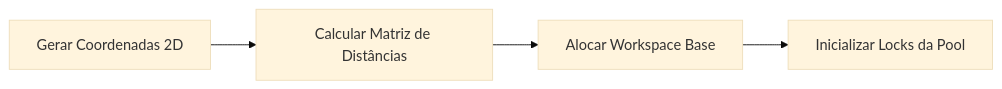
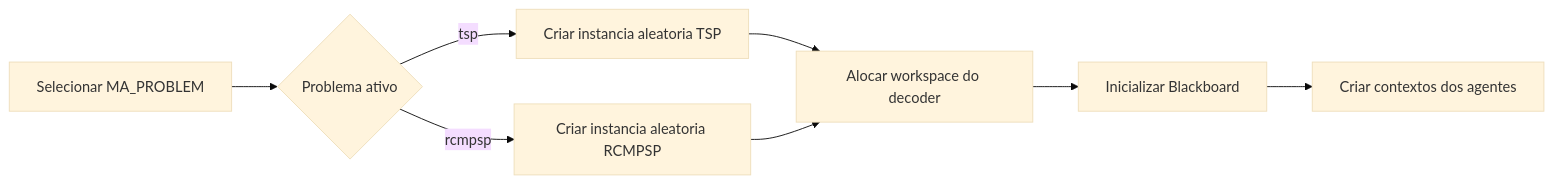
One commit to Vitorloula/Multi-Agentes changed the first of 3 diagrams in explicacao_processo.md. Above: the diagram before and after it, drawn with Mermaid (base theme). The commit also changed other lines of this file and 1 other file, not shown here.

````diff
--- a/explicacao_processo.md
+++ b/explicacao_processo.md
@@ -11,6 +11,10 @@
 ```mermaid
 flowchart LR
-    A[Gerar Coordenadas 2D] --> B[Calcular Matriz de Distâncias]
-    B --> C[Alocar Workspace Base]
-    C --> D[Inicializar Locks da Pool]
+    A[Selecionar MA_PROBLEM] --> B{Problema ativo}
+    B -->|tsp| C[Criar instancia aleatoria TSP]
+    B -->|rcmpsp| D[Criar instancia aleatoria RCMPSP]
+    C --> E[Alocar workspace do decoder]
+    D --> E
+    E --> F[Inicializar Blackboard]
+    F --> G[Criar contextos dos agentes]
 ```
````
